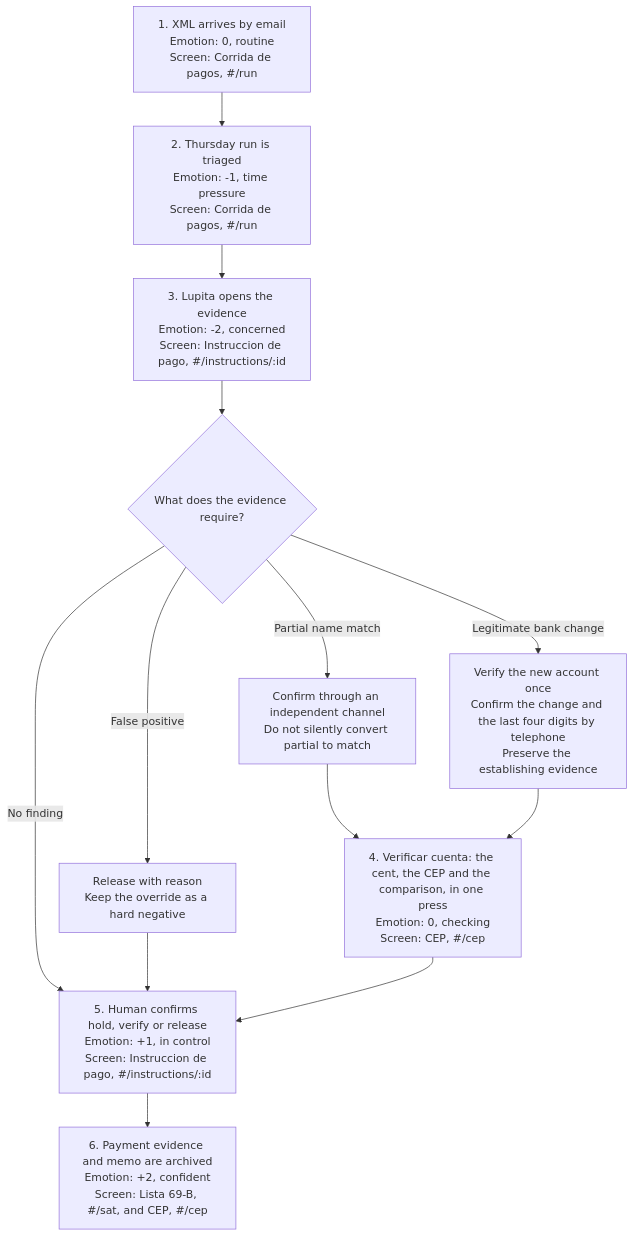
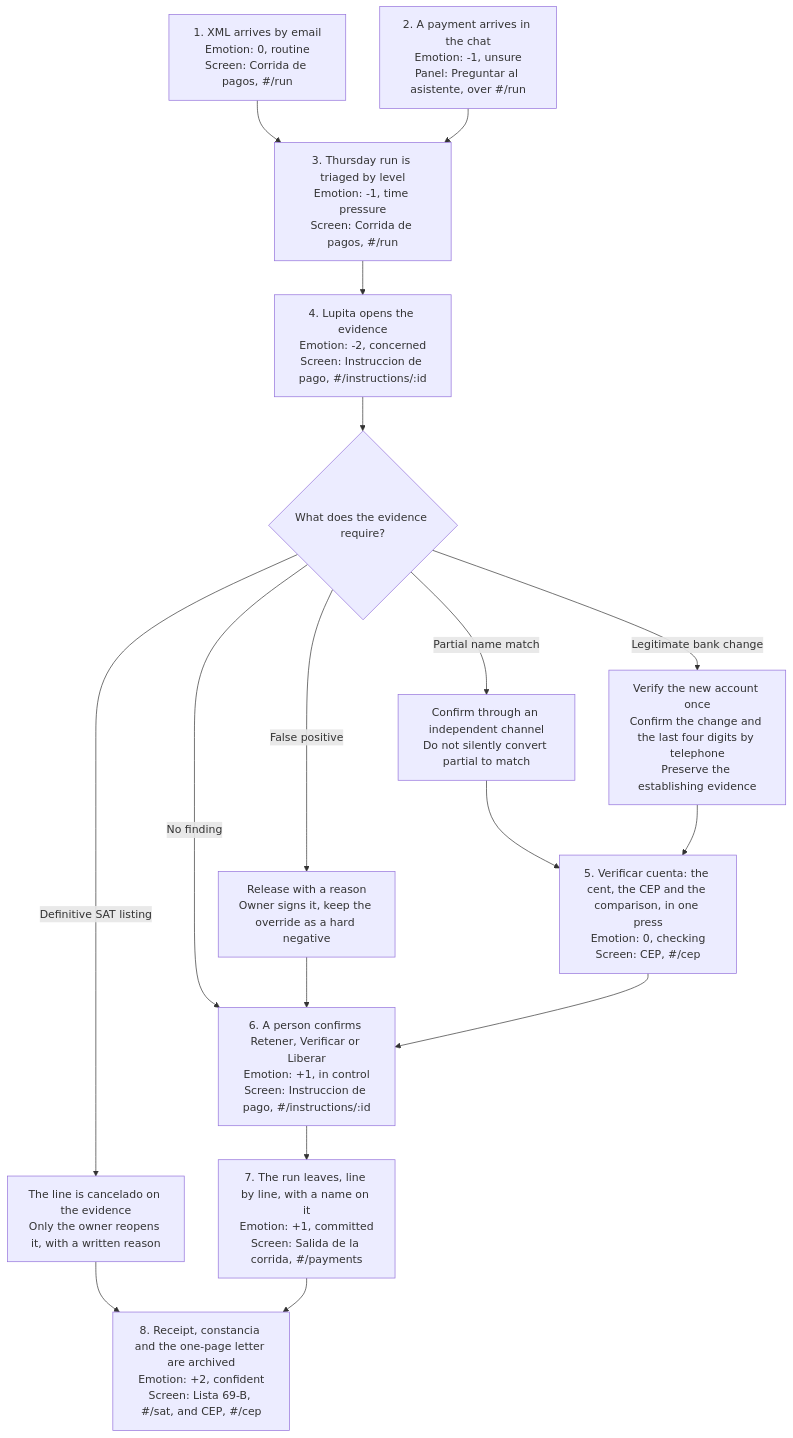
The diagram in docs/03-user-journey.md (garzario/CapitalOneHackMTY), drawn with Mermaid before and after one commit. The commit also changed other lines of this file and 16 other files, not shown here.

````diff
--- a/docs/03-user-journey.md
+++ b/docs/03-user-journey.md
@@ -12,17 +21,22 @@
 ```mermaid
 flowchart TD
   A["1. XML arrives by email<br/>Emotion: 0, routine<br/>Screen: Corrida de pagos, #/run"]
-  B["2. Thursday run is triaged<br/>Emotion: -1, time pressure<br/>Screen: Corrida de pagos, #/run"]
-  C["3. Lupita opens the evidence<br/>Emotion: -2, concerned<br/>Screen: Instruccion de pago, #/instructions/:id"]
+  I["2. A payment arrives in the chat<br/>Emotion: -1, unsure<br/>Panel: Preguntar al asistente, over #/run"]
+  B["3. Thursday run is triaged by level<br/>Emotion: -1, time pressure<br/>Screen: Corrida de pagos, #/run"]
+  C["4. Lupita opens the evidence<br/>Emotion: -2, concerned<br/>Screen: Instruccion de pago, #/instructions/:id"]
   D{"What does the evidence require?"}
-  E["4. Verificar cuenta: the cent, the CEP and the comparison, in one press<br/>Emotion: 0, checking<br/>Screen: CEP, #/cep"]
-  F["5. Human confirms hold, verify or release<br/>Emotion: +1, in control<br/>Screen: Instruccion de pago, #/instructions/:id"]
-  G["6. Payment evidence and memo are archived<br/>Emotion: +2, confident<br/>Screen: Lista 69-B, #/sat, and CEP, #/cep"]
+  E["5. Verificar cuenta: the cent, the CEP and the comparison, in one press<br/>Emotion: 0, checking<br/>Screen: CEP, #/cep"]
+  F["6. A person confirms Retener, Verificar or Liberar<br/>Emotion: +1, in control<br/>Screen: Instruccion de pago, #/instructions/:id"]
+  G["7. The run leaves, line by line, with a name on it<br/>Emotion: +1, committed<br/>Screen: Salida de la corrida, #/payments"]
+  H["8. Receipt, constancia and the one-page letter are archived<br/>Emotion: +2, confident<br/>Screen: Lista 69-B, #/sat, and CEP, #/cep"]
 
-  A --> B --> C --> D
+  A --> B
+  I --> B
+  B --> C --> D
   D -->|"No finding"| F
-  D -->|"False positive"| FP["Release with reason<br/>Keep the override as a hard negative"] --> F
+  D -->|"False positive"| FP["Release with a reason<br/>Owner signs it, keep the override as a hard negative"] --> F
   D -->|"Partial name match"| PM["Confirm through an independent channel<br/>Do not silently convert partial to match"] --> E
   D -->|"Legitimate bank change"| LC["Verify the new account once<br/>Confirm the change and the last four digits by telephone<br/>Preserve the establishing evidence"] --> E
-  E --> F --> G
+  D -->|"Definitive SAT listing"| SD["The line is cancelado on the evidence<br/>Only the owner reopens it, with a written reason"] --> H
+  E --> F --> G --> H
 ```
````
